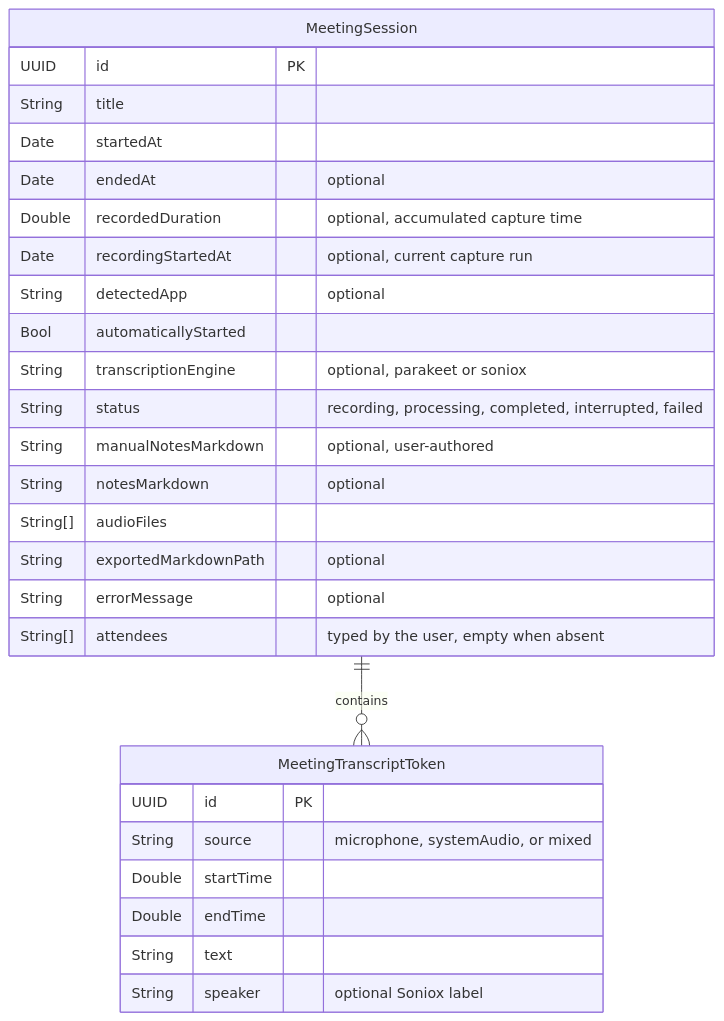
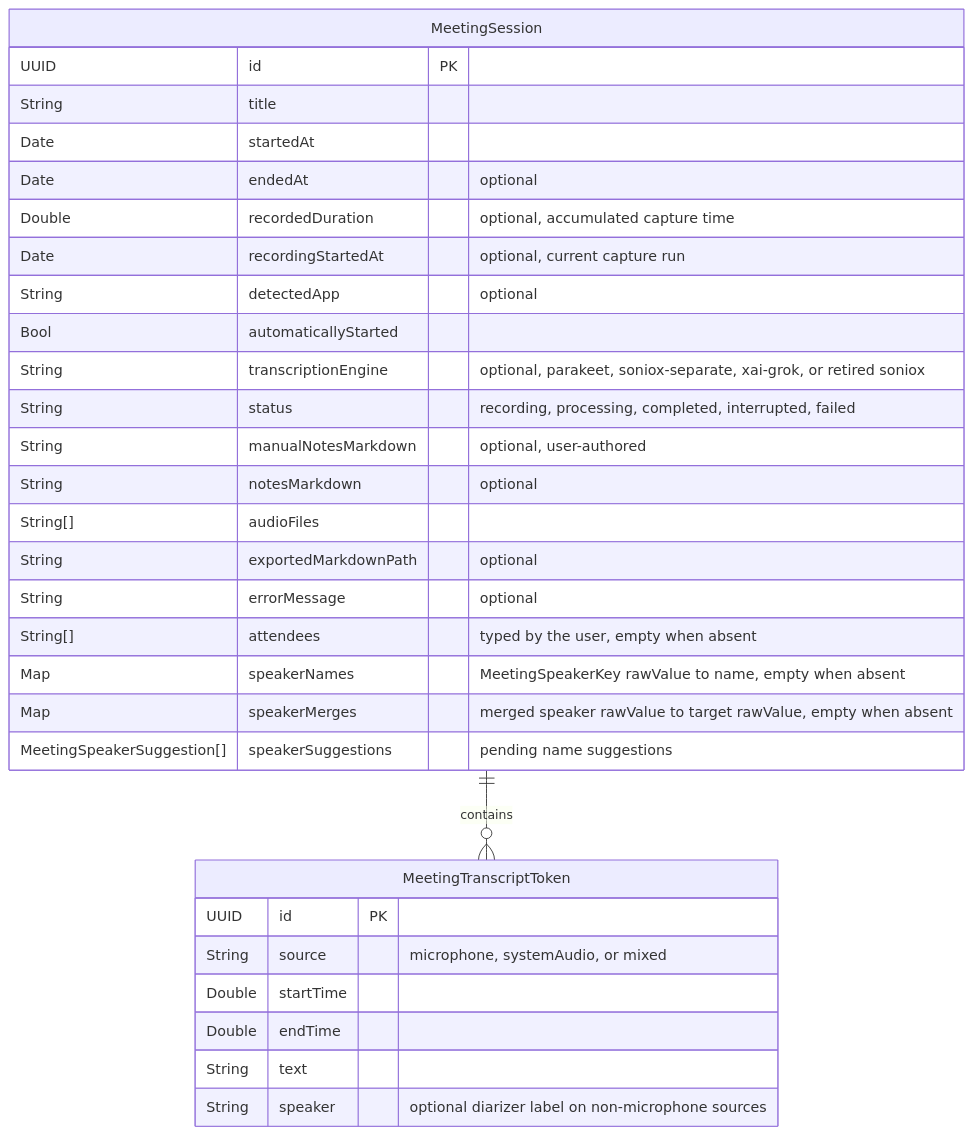
Before and after one commit to dkapo88/WonderWhisper-macOS: the fourth of 14 diagrams in datamodel.md, drawn with Mermaid. The commit also changed other lines of this file and 28 other files, not shown here.

First line of the commit message:
feat: tell meeting speakers apart and name them (#5)

````diff
--- a/datamodel.md
+++ b/datamodel.md
@@ -233,32 +233,35 @@
 ```mermaid
 erDiagram
     MeetingSession ||--o{ MeetingTranscriptToken : "contains"
 
     MeetingSession {
         UUID id PK
         String title
         Date startedAt
         Date endedAt "optional"
         Double recordedDuration "optional, accumulated capture time"
         Date recordingStartedAt "optional, current capture run"
         String detectedApp "optional"
         Bool automaticallyStarted
-        String transcriptionEngine "optional, parakeet or soniox"
+        String transcriptionEngine "optional, parakeet, soniox-separate, xai-grok, or retired soniox"
         String status "recording, processing, completed, interrupted, failed"
         String manualNotesMarkdown "optional, user-authored"
         String notesMarkdown "optional"
         String[] audioFiles
         String exportedMarkdownPath "optional"
         String errorMessage "optional"
         String[] attendees "typed by the user, empty when absent"
+        Map speakerNames "MeetingSpeakerKey rawValue to name, empty when absent"
+        Map speakerMerges "merged speaker rawValue to target rawValue, empty when absent"
+        MeetingSpeakerSuggestion[] speakerSuggestions "pending name suggestions"
     }
 
     MeetingTranscriptToken {
         UUID id PK
         String source "microphone, systemAudio, or mixed"
         Double startTime
         Double endTime
         String text
-        String speaker "optional Soniox label"
+        String speaker "optional diarizer label on non-microphone sources"
     }
 ```
````
